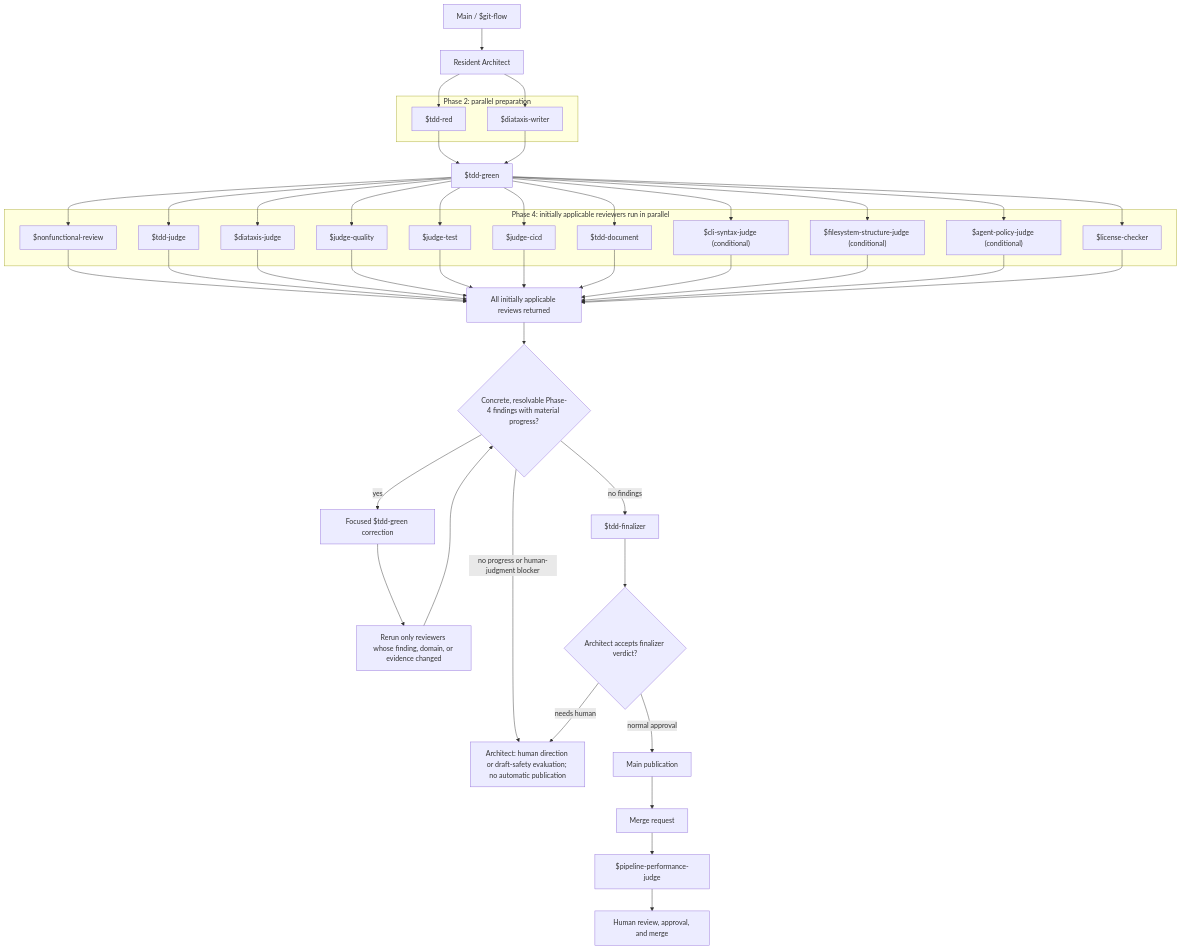
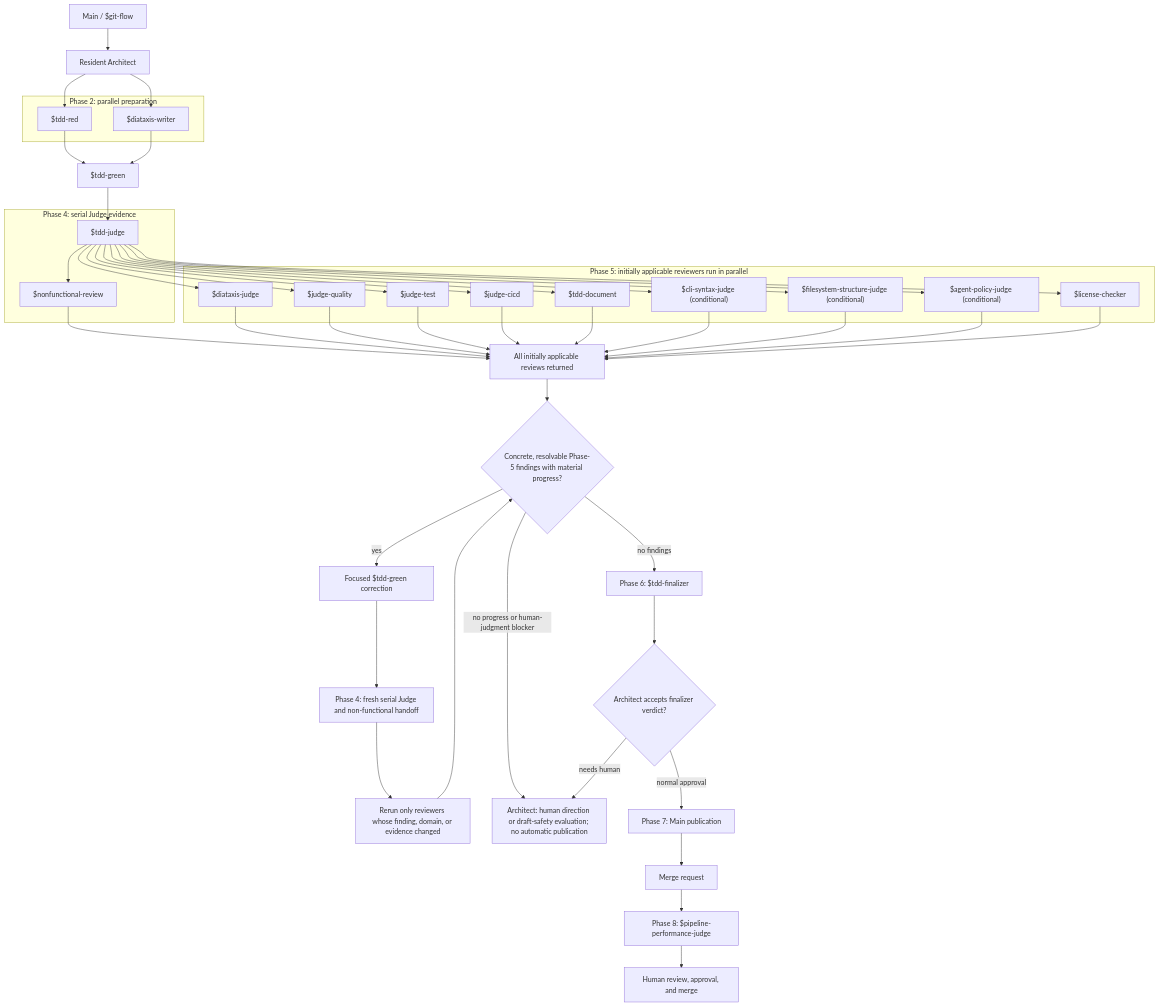
Before and after one commit to dfwguy/nvis-ova-agentic-copier: the first of 5 diagrams in template/docs/explanation/agentic-workflow.md, drawn with Mermaid. The commit also changed other lines of this file and 50 other files, not shown here.

````diff
--- a/template/docs/explanation/agentic-workflow.md
+++ b/template/docs/explanation/agentic-workflow.md
@@ -131,59 +148,61 @@
 ```mermaid
 flowchart TD
     main["Main / $git-flow"] --> architect["Resident Architect"]
     subgraph phase2["Phase 2: parallel preparation"]
         red["$tdd-red"]
         writer["$diataxis-writer"]
     end
     architect --> red
     architect --> writer
     red --> green["$tdd-green"]
     writer --> green
-    subgraph phase4["Phase 4: initially applicable reviewers run in parallel"]
+    green --> judge["Phase 4: $tdd-judge (serial)"]
+    subgraph phase4["Phase 4: serial Judge evidence"]
+        judge["$tdd-judge"]
         nonfunctional["$nonfunctional-review"]
-        judge["$tdd-judge"]
+    end
+    subgraph phase5["Phase 5: initially applicable reviewers run in parallel"]
         diataxis["$diataxis-judge"]
         quality["$judge-quality"]
         testjudge["$judge-test"]
         cicd["$judge-cicd"]
         readme["$tdd-document"]
         cli["$cli-syntax-judge (conditional)"]
         filesystem["$filesystem-structure-judge (conditional)"]
         policy["$agent-policy-judge (conditional)"]
         license["$license-checker"]
     end
-    green --> nonfunctional
-    green --> judge
-    green --> diataxis
-    green --> quality
-    green --> testjudge
-    green --> cicd
-    green --> readme
-    green --> cli
-    green --> filesystem
-    green --> policy
-    green --> license
+    judge --> nonfunctional
+    judge --> diataxis
+    judge --> quality
+    judge --> testjudge
+    judge --> cicd
+    judge --> readme
+    judge --> cli
+    judge --> filesystem
+    judge --> policy
+    judge --> license
     nonfunctional --> reviews["All initially applicable reviews returned"]
-    judge --> reviews
     diataxis --> reviews
     quality --> reviews
     testjudge --> reviews
     cicd --> reviews
     readme --> reviews
     cli --> reviews
     filesystem --> reviews
     policy --> reviews
     license --> reviews
-    reviews --> phase4outcome{"Concrete, resolvable Phase-4 findings with material progress?"}
-    phase4outcome -- "yes" --> focusedgreen["Focused $tdd-green correction"]
-    focusedgreen --> selective["Rerun only reviewers whose finding, domain, or evidence changed"]
-    selective --> phase4outcome
-    phase4outcome -- "no findings" --> finalizer["$tdd-finalizer"]
-    phase4outcome -- "no progress or human-judgment blocker" --> humanstop["Architect: human direction or draft-safety evaluation; no automatic publication"]
+    reviews --> phase5outcome{"Concrete, resolvable Phase-5 findings with material progress?"}
+    phase5outcome -- "yes" --> focusedgreen["Focused $tdd-green correction"]
+    focusedgreen --> correctionjudge["Phase 4: fresh serial Judge and non-functional handoff"]
+    correctionjudge --> selective["Rerun only reviewers whose finding, domain, or evidence changed"]
+    selective --> phase5outcome
+    phase5outcome -- "no findings" --> finalizer["Phase 6: $tdd-finalizer"]
+    phase5outcome -- "no progress or human-judgment blocker" --> humanstop["Architect: human direction or draft-safety evaluation; no automatic publication"]
     finalizer --> decision{"Architect accepts finalizer verdict?"}
-    decision -- "normal approval" --> publish["Main publication"]
+    decision -- "normal approval" --> publish["Phase 7: Main publication"]
     decision -- "needs human" --> humanstop
     publish --> mr["Merge request"]
-    mr --> pipeline["$pipeline-performance-judge"]
+    mr --> pipeline["Phase 8: $pipeline-performance-judge"]
     pipeline --> human["Human review, approval, and merge"]
 ```
````
